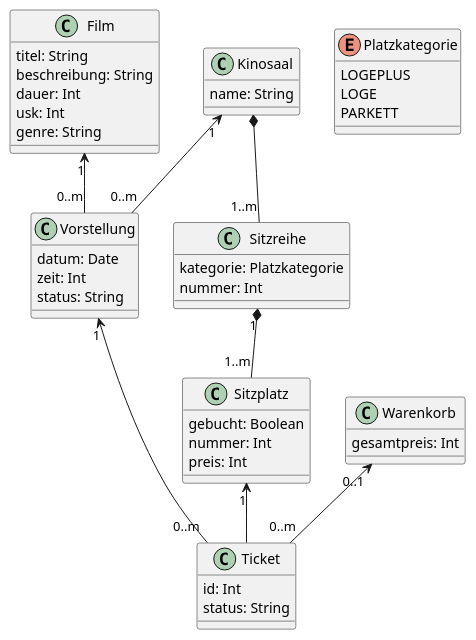
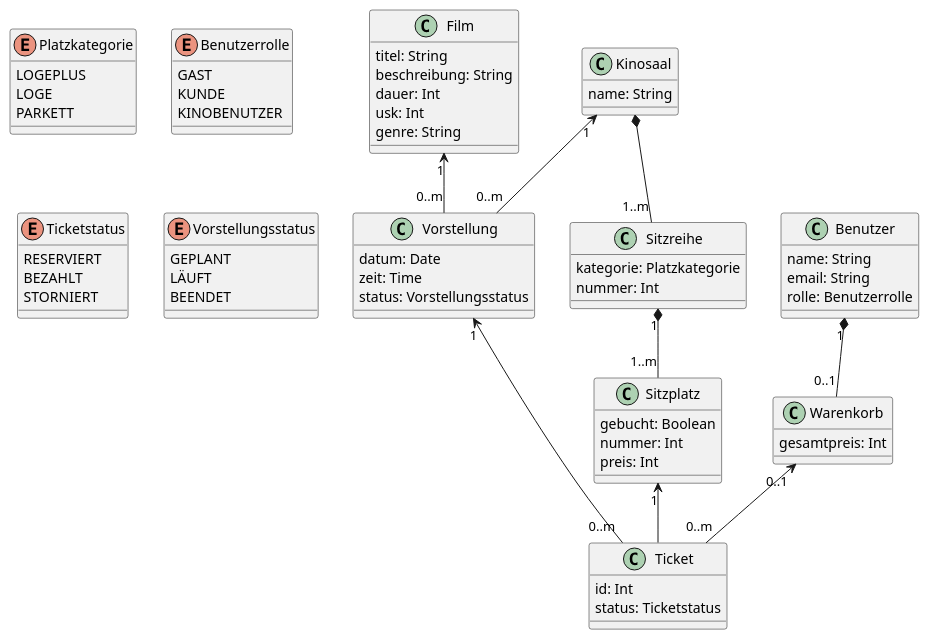
The diagram in plantuml/KinoModell.puml (Rafael131203/InfoInfraKinoverwaltung), drawn with PlantUML before and after one commit.

```diff
--- a/plantuml/KinoModell.puml
+++ b/plantuml/KinoModell.puml
@@ -1,75 +1,83 @@
 @startuml
 'https://plantuml.com/class-diagram
-
-'abstract class AbstractList
-'abstract AbstractCollection
-'interface List
-'interface Collection
-'
-'List <|-- AbstractList
-'Collection <|-- AbstractCollection
-'
-'Collection <|- List
-'AbstractCollection <|- AbstractList
-'AbstractList <|-- ArrayList
-
-
 
 Film "1" <-- "0..m" Vorstellung
 Kinosaal "1" <-- "0..m" Vorstellung
 Vorstellung "1" <-- "0..m" Ticket
 Sitzreihe "1" *-- "1..m" Sitzplatz
 Kinosaal *-- "1..m" Sitzreihe
 Warenkorb "0..1" <-- "0..m" Ticket
 Sitzplatz "1" <-- Ticket
+Benutzer "1" *-- "0..1" Warenkorb
 
 class Film {
 titel: String
 beschreibung: String
 dauer: Int
 usk: Int
 genre: String
 'play()
 }
 
 class Kinosaal {
 name: String
 }
 
 class Vorstellung {
 datum: Date
-zeit: Int
-status: String
-'z.B. geplant, läuft, beendet
+zeit: Time
+status: Vorstellungsstatus
 }
 
 class Sitzreihe{
 kategorie: Platzkategorie
 nummer: Int
 }
 
 class Sitzplatz{
 gebucht: Boolean
 nummer: Int
 preis: Int
 }
 
 class Ticket{
 id: Int
-status: String
-'z.B. reserviert, bezahlt, storniert
+status: Ticketstatus
 }
 
 class Warenkorb{
 gesamtpreis: Int
-
 }
 
 enum Platzkategorie{
 LOGEPLUS
 LOGE
 PARKETT
 }
 
+class Benutzer {
+name: String
+email: String
+rolle: Benutzerrolle
+}
+
+enum Benutzerrolle {
+GAST
+KUNDE
+KINOBENUTZER
+}
+
+enum Ticketstatus {
+RESERVIERT
+BEZAHLT
+STORNIERT
+}
+
+enum Vorstellungsstatus {
+GEPLANT
+LÄUFT
+BEENDET
+}
+
 
 @enduml
```
